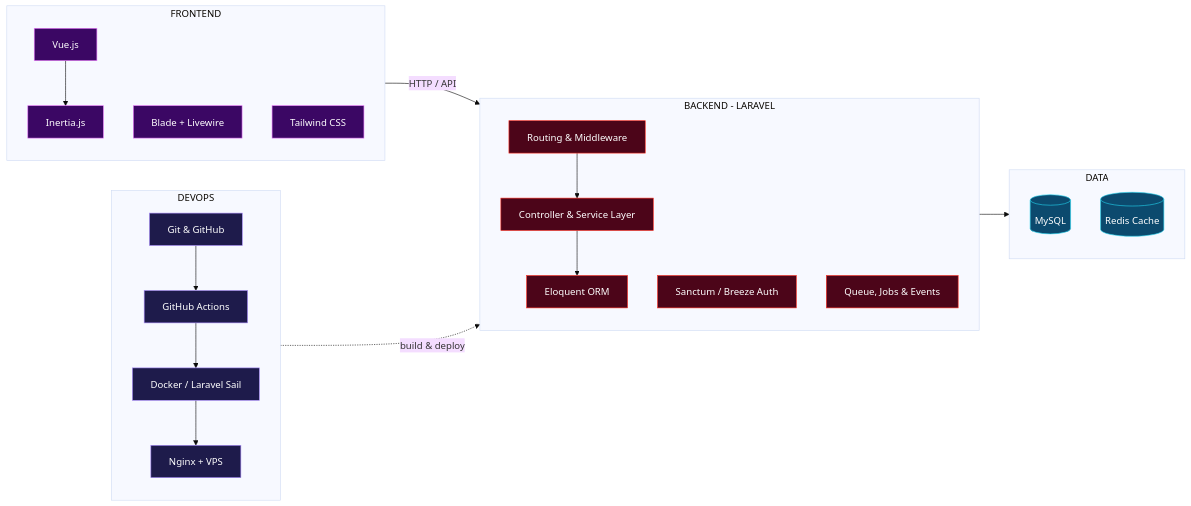
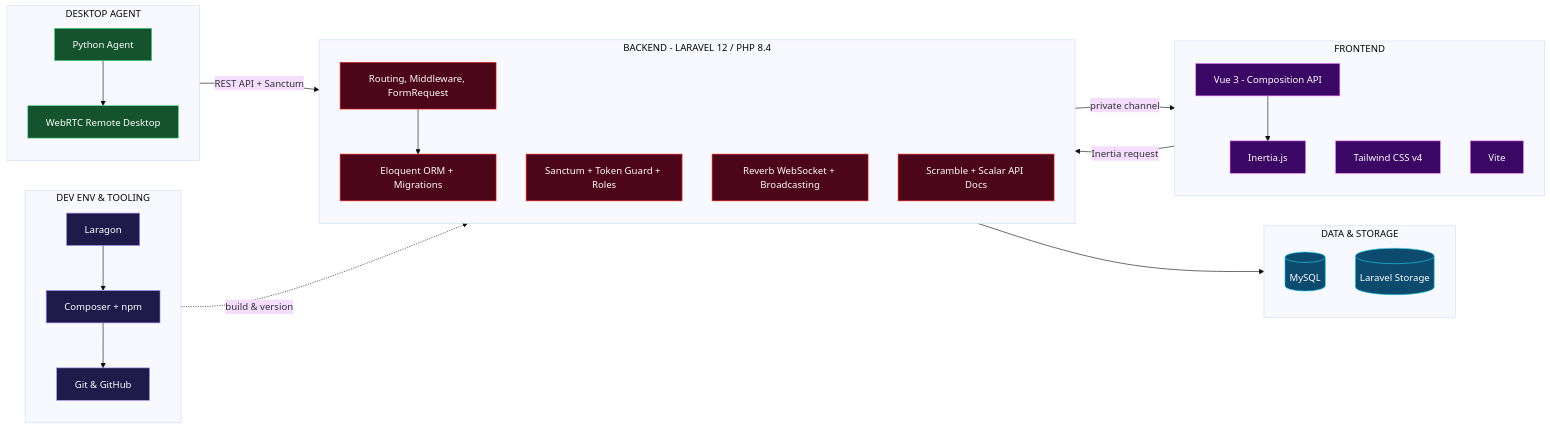
The diagram in README.md (Bahtiarrifaistudent/Bahtiarrifaistudent), drawn with Mermaid (base theme) before and after one commit. The commit also changed other lines of this file, not shown here.

````diff
--- a/README.md
+++ b/README.md
@@ -45,43 +47,51 @@
 ```mermaid
 flowchart LR
     subgraph FE["FRONTEND"]
         direction TB
-        VUE["Vue.js"] --> INERTIA["Inertia.js"]
-        BLADE["Blade + Livewire"]
-        TW["Tailwind CSS"]
+        VUE["Vue 3 - Composition API"] --> INERTIA["Inertia.js"]
+        TW["Tailwind CSS v4"]
+        VITE["Vite"]
     end
 
-    subgraph BE["BACKEND - LARAVEL"]
+    subgraph BE["BACKEND - LARAVEL 12 / PHP 8.4"]
         direction TB
-        ROUTE["Routing & Middleware"] --> CTRL["Controller & Service Layer"]
-        CTRL --> ORM["Eloquent ORM"]
-        AUTH["Sanctum / Breeze Auth"]
-        QUEUE["Queue, Jobs & Events"]
+        ROUTE["Routing, Middleware, FormRequest"] --> ORM["Eloquent ORM + Migrations"]
+        AUTH["Sanctum + Token Guard + Roles"]
+        REVERB["Reverb WebSocket + Broadcasting"]
+        DOCS["Scramble + Scalar API Docs"]
     end
 
-    subgraph DATA["DATA"]
+    subgraph DATA["DATA & STORAGE"]
         direction TB
         MYSQL[("MySQL")]
-        REDIS[("Redis Cache")]
+        STORE[("Laravel Storage")]
     end
 
-    subgraph OPS["DEVOPS"]
+    subgraph AGENT["DESKTOP AGENT"]
         direction TB
-        GIT["Git & GitHub"] --> CI["GitHub Actions"]
-        CI --> DOCKER["Docker / Laravel Sail"]
-        DOCKER --> DEPLOY["Nginx + VPS"]
+        PY["Python Agent"] --> RTC["WebRTC Remote Desktop"]
     end
 
-    FE -- "HTTP / API" --> BE
+    subgraph OPS["DEV ENV & TOOLING"]
+        direction TB
+        LARAGON["Laragon"] --> PKG["Composer + npm"]
+        PKG --> GIT["Git & GitHub"]
+    end
+
+    FE -- "Inertia request" --> BE
+    BE -- "private channel" --> FE
+    AGENT -- "REST API + Sanctum" --> BE
     BE --> DATA
-    OPS -. "build & deploy" .-> BE
+    OPS -. "build & version" .-> BE
 
     classDef fe fill:#3B0764,stroke:#E879F9,color:#FFFFFF
     classDef be fill:#4C0519,stroke:#FF2D20,color:#FFFFFF
     classDef data fill:#0C4A6E,stroke:#22D3EE,color:#FFFFFF
+    classDef agent fill:#14532D,stroke:#4ADE80,color:#FFFFFF
     classDef ops fill:#1E1B4B,stroke:#A78BFA,color:#FFFFFF
-    class VUE,INERTIA,BLADE,TW fe
-    class ROUTE,CTRL,ORM,AUTH,QUEUE be
-    class MYSQL,REDIS data
-    class GIT,CI,DOCKER,DEPLOY ops
+    class VUE,INERTIA,TW,VITE fe
+    class ROUTE,ORM,AUTH,REVERB,DOCS be
+    class MYSQL,STORE data
+    class PY,RTC agent
+    class LARAGON,PKG,GIT ops
 ```
````
